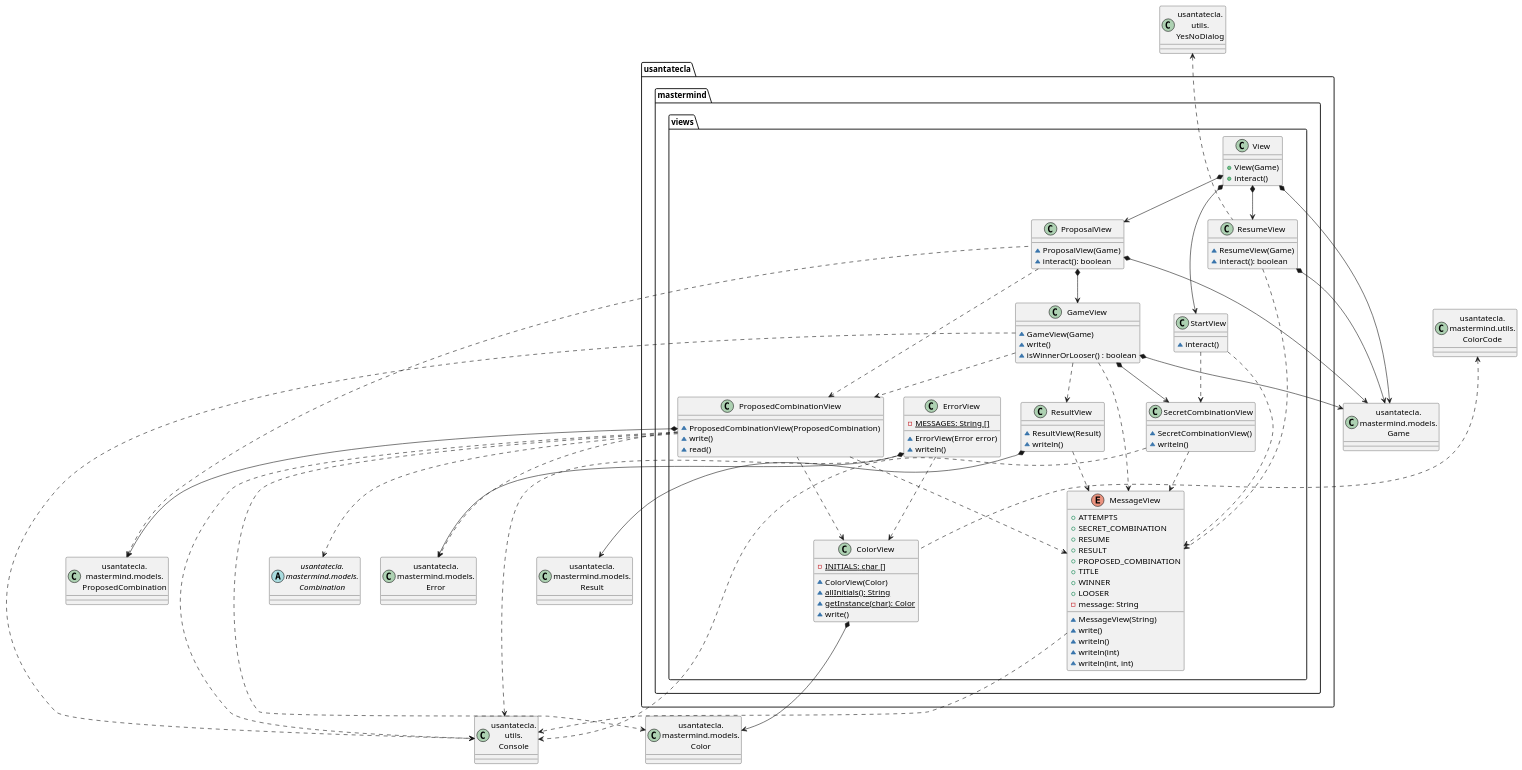
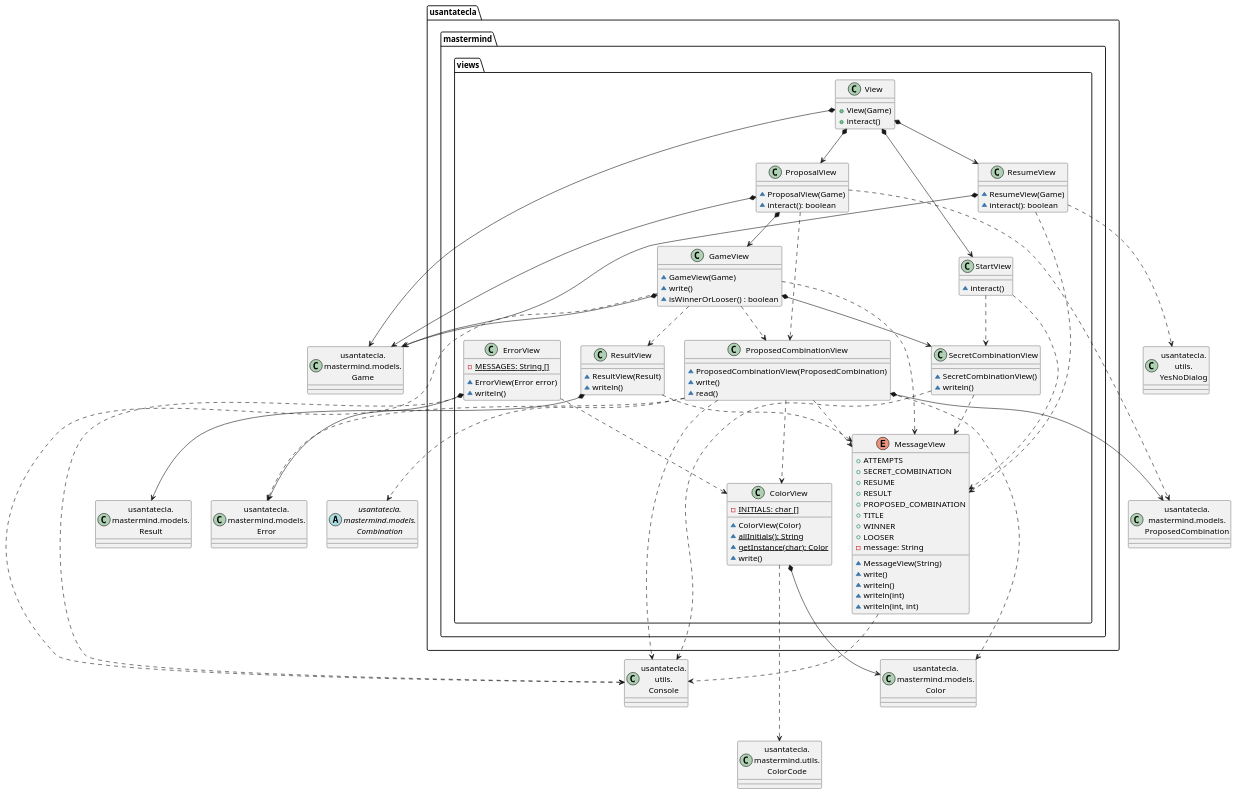
Before and after one commit to SantaTecla-mastermind/solution.java.swing.socket.sql: the second of 4 diagrams in documentView/console/docs/diagrams/src/paquetes.plantuml, drawn with PlantUML. The commit also changed 6 other files, not shown here.

Commit message:
[documentView] Corregidos diagramas

```diff
--- a/documentView/console/docs/diagrams/src/paquetes.plantuml
+++ b/documentView/console/docs/diagrams/src/paquetes.plantuml
@@ -15,119 +15,119 @@
 @startuml usantatecla.mastermind.views
 class ColorCode as "usantatecla.\nmastermind.utils.\nColorCode"
 class Error as "usantatecla.\nmastermind.models.\nError"
 class Color as "usantatecla.\nmastermind.models.\nColor"
 abstract class Combination as "usantatecla.\nmastermind.models.\nCombination"
 class ProposedCombination as "usantatecla.\nmastermind.models.\nProposedCombination"
 class Result as "usantatecla.\nmastermind.models.\nResult"
 class Game as "usantatecla.\nmastermind.models.\nGame"
 class YesNoDialog as "usantatecla.\nutils.\nYesNoDialog"
 class Console as "usantatecla.\nutils.\nConsole"
 
 class usantatecla.mastermind.views.ColorView{
     - {static} INITIALS: char []
     ~ ColorView(Color)
     ~ {static} allInitials(): String
     ~ {static} getInstance(char): Color
     ~ write()
 }
-usantatecla.mastermind.views.ColorView -up..> ColorCode
+usantatecla.mastermind.views.ColorView -down..> ColorCode
 usantatecla.mastermind.views.ColorView *-down-> Color
 
 class usantatecla.mastermind.views.ErrorView{
     - {static} MESSAGES: String []
     ~ ErrorView(Error error)
     ~ writeln()
 }
 usantatecla.mastermind.views.ErrorView *-down-> Error
 usantatecla.mastermind.views.ErrorView ..> usantatecla.mastermind.views.ColorView
 usantatecla.mastermind.views.ErrorView ..> Console
 
 class usantatecla.mastermind.views.GameView {
     ~ GameView(Game)
     ~ write()
     ~ isWinnerOrLooser() : boolean
 }
 usantatecla.mastermind.views.GameView *-down-> Game
 usantatecla.mastermind.views.GameView *-down-> usantatecla.mastermind.views.SecretCombinationView
 usantatecla.mastermind.views.GameView ..> usantatecla.mastermind.views.MessageView
 usantatecla.mastermind.views.GameView ..> usantatecla.mastermind.views.ProposedCombinationView
 usantatecla.mastermind.views.GameView ..> usantatecla.mastermind.views.ResultView
 usantatecla.mastermind.views.GameView ..> Console
 
 enum usantatecla.mastermind.views.MessageView{
     + ATTEMPTS
     + SECRET_COMBINATION
     + RESUME
     + RESULT
     + PROPOSED_COMBINATION
     + TITLE
     + WINNER
     + LOOSER
     - message: String
     ~ MessageView(String)
     ~ write()
     ~ writeln()
     ~ writeln(int)
     ~ writeln(int, int)
 }
 usantatecla.mastermind.views.MessageView ..> Console
 
 class usantatecla.mastermind.views.ProposalView {
     ~ ProposalView(Game)
     ~ interact(): boolean
 }
 usantatecla.mastermind.views.ProposalView *-down-> Game
 usantatecla.mastermind.views.ProposalView *-down-> usantatecla.mastermind.views.GameView
-usantatecla.mastermind.views.ProposalView -up..> ProposedCombination
+usantatecla.mastermind.views.ProposalView -down..> ProposedCombination
 usantatecla.mastermind.views.ProposalView ..> usantatecla.mastermind.views.ProposedCombinationView
 
 class usantatecla.mastermind.views.ProposedCombinationView {
     ~ ProposedCombinationView(ProposedCombination)
     ~ write()
     ~ read()
 }
 usantatecla.mastermind.views.ProposedCombinationView *-down-> ProposedCombination
 usantatecla.mastermind.views.ProposedCombinationView ..> usantatecla.mastermind.views.MessageView
 usantatecla.mastermind.views.ProposedCombinationView ..> usantatecla.mastermind.views.ColorView
 usantatecla.mastermind.views.ProposedCombinationView ..> Combination
 usantatecla.mastermind.views.ProposedCombinationView ..> Error
 usantatecla.mastermind.views.ProposedCombinationView ..> Color
 usantatecla.mastermind.views.ProposedCombinationView ..> Console
 
 class usantatecla.mastermind.views.ResultView {
     ~ ResultView(Result)
     ~ writeln()
 }
 usantatecla.mastermind.views.ResultView *-down-> Result
 usantatecla.mastermind.views.ResultView ..> usantatecla.mastermind.views.MessageView
 
 class usantatecla.mastermind.views.ResumeView {
     ~ ResumeView(Game)
     ~ interact(): boolean
 }
 usantatecla.mastermind.views.ResumeView *-down-> Game
-usantatecla.mastermind.views.ResumeView -up..> YesNoDialog
+usantatecla.mastermind.views.ResumeView -down..> YesNoDialog
 usantatecla.mastermind.views.ResumeView ..> usantatecla.mastermind.views.MessageView
 
 class usantatecla.mastermind.views.SecretCombinationView {
     ~ SecretCombinationView()
     ~ writeln()
 }
 usantatecla.mastermind.views.SecretCombinationView ..> usantatecla.mastermind.views.MessageView
 usantatecla.mastermind.views.SecretCombinationView ..> Console
 
 class usantatecla.mastermind.views.StartView {
     ~ interact()
 }
 usantatecla.mastermind.views.StartView..> usantatecla.mastermind.views.MessageView
 usantatecla.mastermind.views.StartView..> usantatecla.mastermind.views.SecretCombinationView
 
 class usantatecla.mastermind.views.View {
     + View(Game)
     + interact()
 }
 usantatecla.mastermind.views.View *-down-> usantatecla.mastermind.views.ProposalView
 usantatecla.mastermind.views.View *-down-> usantatecla.mastermind.views.StartView
 usantatecla.mastermind.views.View *-down-> Game
 usantatecla.mastermind.views.View *-down-> usantatecla.mastermind.views.ResumeView
 @enduml
```
